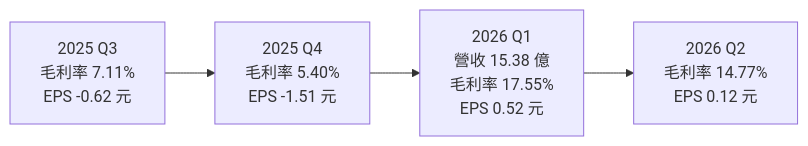
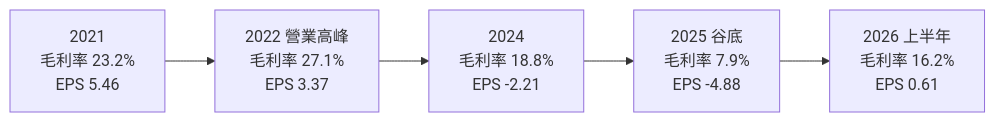
One commit to wangnick1004/taiwan-stock-vault changed the third of 4 diagrams in 個股/台股/2338光罩.md. Above: the diagram before and after it, drawn with Mermaid. The commit also changed other lines of this file and 10 other files, not shown here.

````diff
--- a/個股/台股/2338光罩.md
+++ b/個股/台股/2338光罩.md
@@ -137,4 +136,4 @@
 ```mermaid
 flowchart LR
-    Q3["2025 Q3<br/>毛利率 7.11%<br/>EPS -0.62 元"] --> Q4["2025 Q4<br/>毛利率 5.40%<br/>EPS -1.51 元"] --> Q1["2026 Q1<br/>營收 15.38 億<br/>毛利率 17.55%<br/>EPS 0.52 元"] --> Q2["2026 Q2<br/>毛利率 14.77%<br/>EPS 0.12 元"]
+    Y21["2021<br/>毛利率 23.2%<br/>EPS 5.46"] --> Y22["2022 營業高峰<br/>毛利率 27.1%<br/>EPS 3.37"] --> Y24["2024<br/>毛利率 18.8%<br/>EPS -2.21"] --> Y25["2025 谷底<br/>毛利率 7.9%<br/>EPS -4.88"] --> H26["2026 上半年<br/>毛利率 16.2%<br/>EPS 0.61"]
 ```
````
